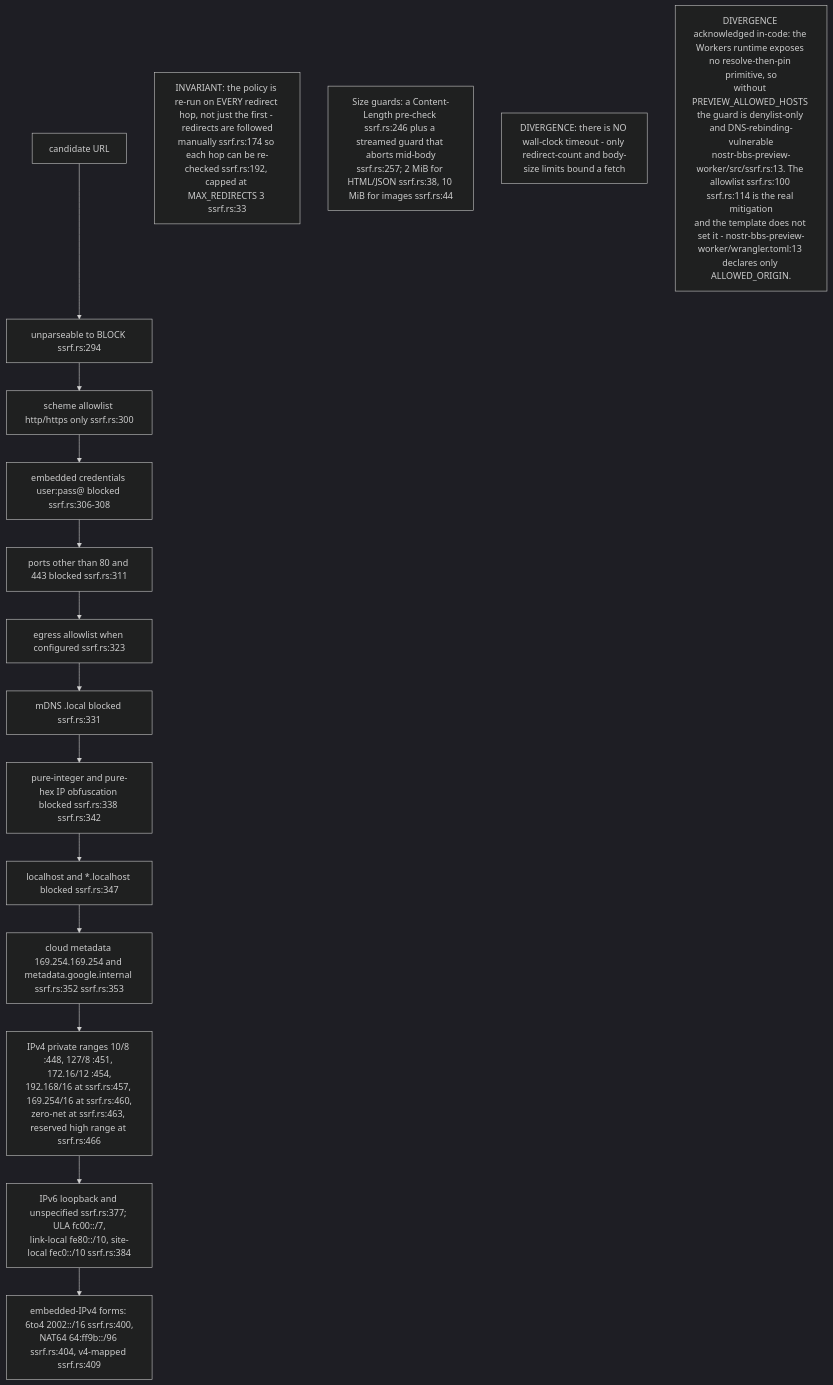
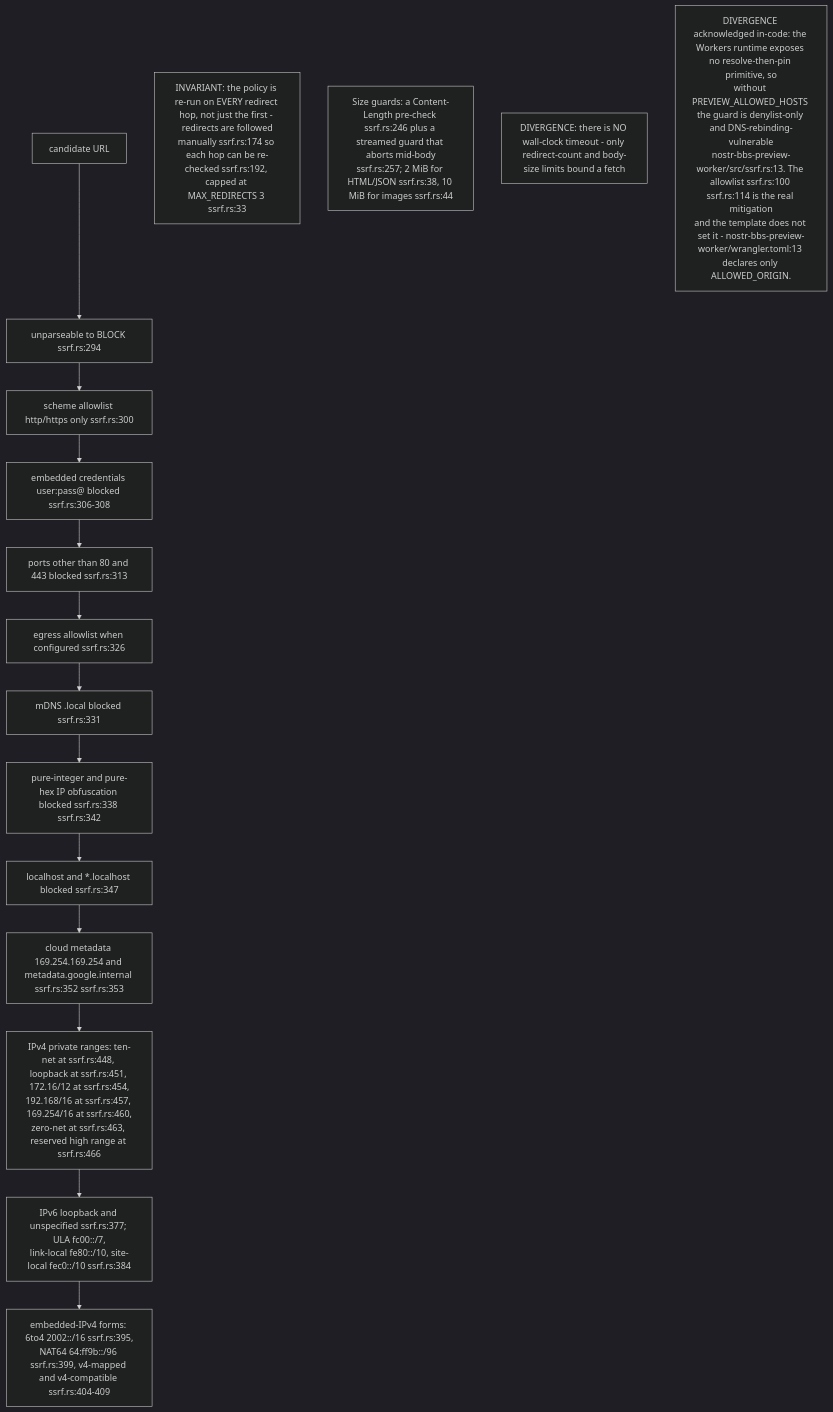
The sixth of 9 diagrams in docs/diagrams/nostr-rust-forum/07-search-preview-and-shared-worker-utilities.md (DreamLab-AI/VisionFlow), drawn with Mermaid (dark theme) before and after one commit. The commit also changed other lines of this file and 91 other files, not shown here.

````diff
--- a/docs/diagrams/nostr-rust-forum/07-search-preview-and-shared-worker-utilities.md
+++ b/docs/diagrams/nostr-rust-forum/07-search-preview-and-shared-worker-utilities.md
@@ -157,23 +162,23 @@
 ```mermaid
 flowchart TB
     URL["candidate URL"]
     P0["unparseable to BLOCK ssrf.rs:294"]
     P1["scheme allowlist http/https only ssrf.rs:300"]
     P2["embedded credentials user:pass@ blocked ssrf.rs:306-308"]
-    P3["ports other than 80 and 443 blocked ssrf.rs:311"]
-    P4["egress allowlist when configured ssrf.rs:323"]
+    P3["ports other than 80 and 443 blocked ssrf.rs:313"]
+    P4["egress allowlist when configured ssrf.rs:326"]
     P5["mDNS .local blocked ssrf.rs:331"]
     P6["pure-integer and pure-hex IP obfuscation blocked ssrf.rs:338 ssrf.rs:342"]
     P7["localhost and *.localhost blocked ssrf.rs:347"]
     P8["cloud metadata 169.254.169.254 and metadata.google.internal ssrf.rs:352 ssrf.rs:353"]
-    P9["IPv4 private ranges 10/8 :448, 127/8 :451, 172.16/12 :454,<br/>192.168/16 at ssrf.rs:457, 169.254/16 at ssrf.rs:460,<br/>zero-net at ssrf.rs:463, reserved high range at ssrf.rs:466"]
+    P9["IPv4 private ranges: ten-net at ssrf.rs:448, loopback at ssrf.rs:451, 172.16/12 at ssrf.rs:454,<br/>192.168/16 at ssrf.rs:457, 169.254/16 at ssrf.rs:460,<br/>zero-net at ssrf.rs:463, reserved high range at ssrf.rs:466"]
     P10["IPv6 loopback and unspecified ssrf.rs:377; ULA fc00::/7,<br/>link-local fe80::/10, site-local fec0::/10 ssrf.rs:384"]
-    P11["embedded-IPv4 forms: 6to4 2002::/16 ssrf.rs:400,<br/>NAT64 64:ff9b::/96 ssrf.rs:404, v4-mapped ssrf.rs:409"]
+    P11["embedded-IPv4 forms: 6to4 2002::/16 ssrf.rs:395,<br/>NAT64 64:ff9b::/96 ssrf.rs:399, v4-mapped and v4-compatible ssrf.rs:404-409"]
 
     URL --> P0 --> P1 --> P2 --> P3 --> P4 --> P5 --> P6 --> P7 --> P8 --> P9 --> P10 --> P11
 
     N1["INVARIANT: the policy is re-run on EVERY redirect hop, not just the first - redirects are followed<br/>manually ssrf.rs:174 so each hop can be re-checked ssrf.rs:192, capped at MAX_REDIRECTS 3 ssrf.rs:33"]
     N2["Size guards: a Content-Length pre-check ssrf.rs:246 plus a streamed guard that aborts mid-body<br/>ssrf.rs:257; 2 MiB for HTML/JSON ssrf.rs:38, 10 MiB for images ssrf.rs:44"]
     N3["DIVERGENCE: there is NO wall-clock timeout - only redirect-count and body-size limits bound a fetch"]
     N4["DIVERGENCE acknowledged in-code: the Workers runtime exposes no resolve-then-pin primitive, so<br/>without PREVIEW_ALLOWED_HOSTS the guard is denylist-only and DNS-rebinding-vulnerable<br/>nostr-bbs-preview-worker/src/ssrf.rs:13. The allowlist ssrf.rs:100 ssrf.rs:114 is the real mitigation<br/>and the template does not set it - nostr-bbs-preview-worker/wrangler.toml:13 declares only ALLOWED_ORIGIN."]
 ```
````
